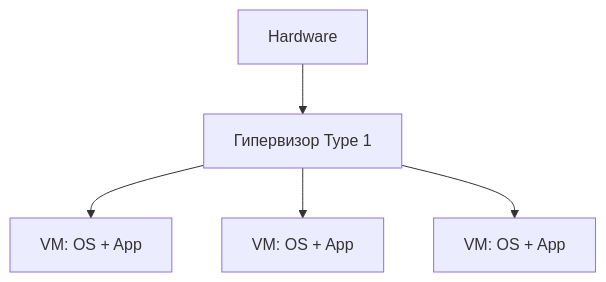
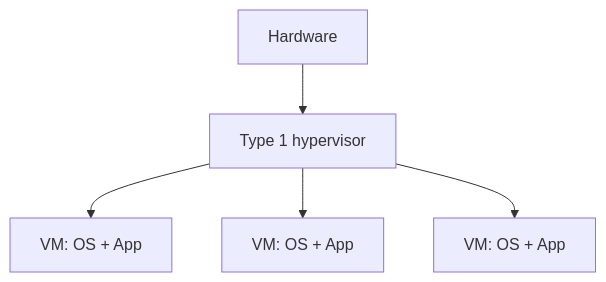
One commit to Kert0n/KPO changed the fifth of 16 diagrams in lectures/Lec9/vitepress.md. Above: the diagram before and after it, drawn with Mermaid. The commit also changed other lines of this file and 9 other files, not shown here.

````diff
--- a/lectures/Lec9/vitepress.md
+++ b/lectures/Lec9/vitepress.md
@@ -110,7 +136,7 @@
 ```mermaid
 flowchart TD
-    Hardware[Hardware] --> Hypervisor[Гипервизор Type 1]
-    Hypervisor --> VM1[VM: OS + App]
-    Hypervisor --> VM2[VM: OS + App]
-    Hypervisor --> VM3[VM: OS + App]
+    Hardware["Hardware"] --> Hypervisor["Type 1 hypervisor"]
+    Hypervisor --> VM1["VM: OS + App"]
+    Hypervisor --> VM2["VM: OS + App"]
+    Hypervisor --> VM3["VM: OS + App"]
 ```
````
